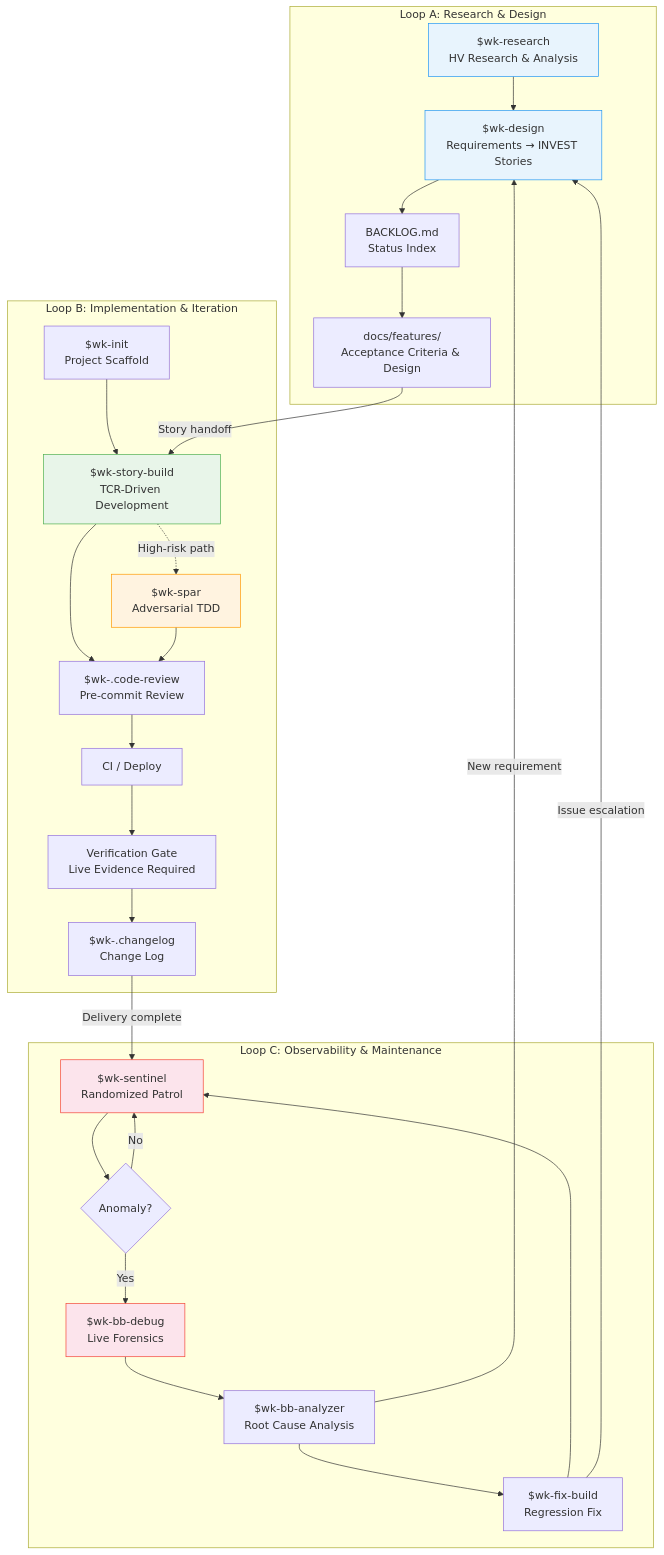
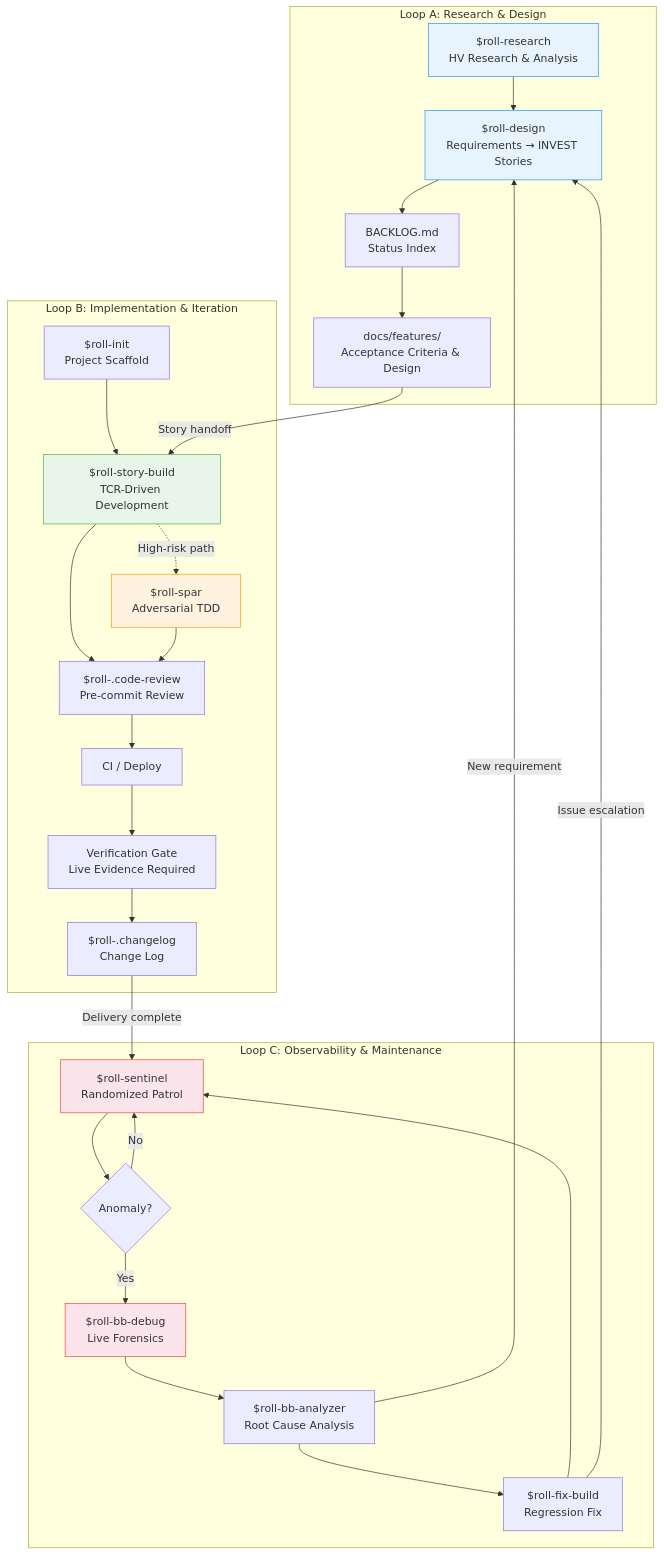
The first of 2 diagrams in docs/methodology-en.md (seanyao/roll), drawn with Mermaid before and after one commit. The commit also changed other lines of this file and 28 other files, not shown here.

Commit message:
[claude code] Story US-ROLL-002: rename skills wk-*→roll-*, fix all references + tests

````diff
--- a/docs/methodology-en.md
+++ b/docs/methodology-en.md
@@ -25,39 +25,39 @@
 ```mermaid
 graph TB
     subgraph "Loop A: Research & Design"
-        A1["$wk-research<br/>HV Research & Analysis"] --> A2["$wk-design<br/>Requirements → INVEST Stories"]
+        A1["$roll-research<br/>HV Research & Analysis"] --> A2["$roll-design<br/>Requirements → INVEST Stories"]
         A2 --> A3["BACKLOG.md<br/>Status Index"]
         A3 --> A4["docs/features/<br/>Acceptance Criteria & Design"]
     end
 
     subgraph "Loop B: Implementation & Iteration"
-        B1["$wk-init<br/>Project Scaffold"] --> B2["$wk-story-build<br/>TCR-Driven Development"]
-        B2 --> B3["$wk-.code-review<br/>Pre-commit Review"]
+        B1["$roll-init<br/>Project Scaffold"] --> B2["$roll-story-build<br/>TCR-Driven Development"]
+        B2 --> B3["$roll-.code-review<br/>Pre-commit Review"]
         B3 --> B4["CI / Deploy"]
         B4 --> B5["Verification Gate<br/>Live Evidence Required"]
-        B5 --> B6["$wk-.changelog<br/>Change Log"]
-        B2 -.->|High-risk path| B7["$wk-spar<br/>Adversarial TDD"]
+        B5 --> B6["$roll-.changelog<br/>Change Log"]
+        B2 -.->|High-risk path| B7["$roll-spar<br/>Adversarial TDD"]
         B7 --> B3
     end
 
     subgraph "Loop C: Observability & Maintenance"
-        C1["$wk-sentinel<br/>Randomized Patrol"] --> C2{"Anomaly?"}
-        C2 -->|Yes| C3["$wk-bb-debug<br/>Live Forensics"]
-        C3 --> C4["$wk-bb-analyzer<br/>Root Cause Analysis"]
-        C4 --> C5["$wk-fix-build<br/>Regression Fix"]
+        C1["$roll-sentinel<br/>Randomized Patrol"] --> C2{"Anomaly?"}
+        C2 -->|Yes| C3["$roll-bb-debug<br/>Live Forensics"]
+        C3 --> C4["$roll-bb-analyzer<br/>Root Cause Analysis"]
+        C4 --> C5["$roll-fix-build<br/>Regression Fix"]
         C5 --> C1
         C2 -->|No| C1
     end
 
     A4 -->|"Story handoff"| B2
     B6 -->|"Delivery complete"| C1
     C5 -->|"Issue escalation"| A2
     C4 -->|"New requirement"| A2
 
     style A1 fill:#e8f4fd,stroke:#2196F3
     style A2 fill:#e8f4fd,stroke:#2196F3
     style B2 fill:#e8f5e9,stroke:#4CAF50
     style B7 fill:#fff3e0,stroke:#FF9800
     style C1 fill:#fce4ec,stroke:#F44336
     style C3 fill:#fce4ec,stroke:#F44336
 ```
````
